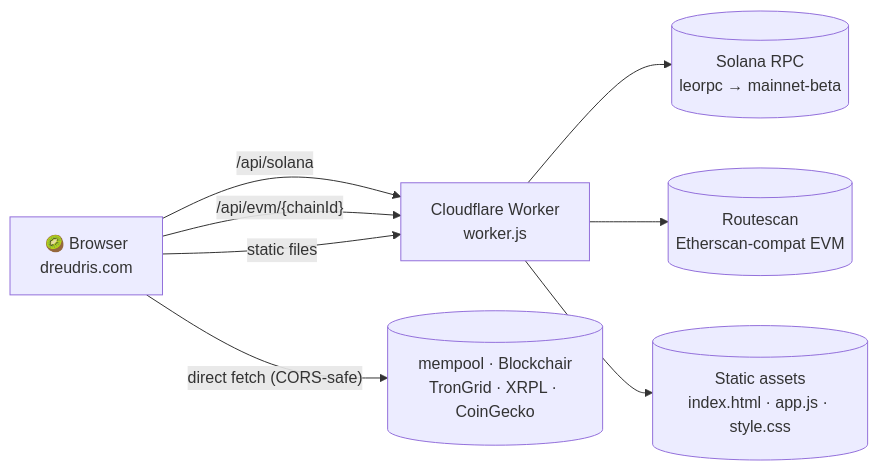
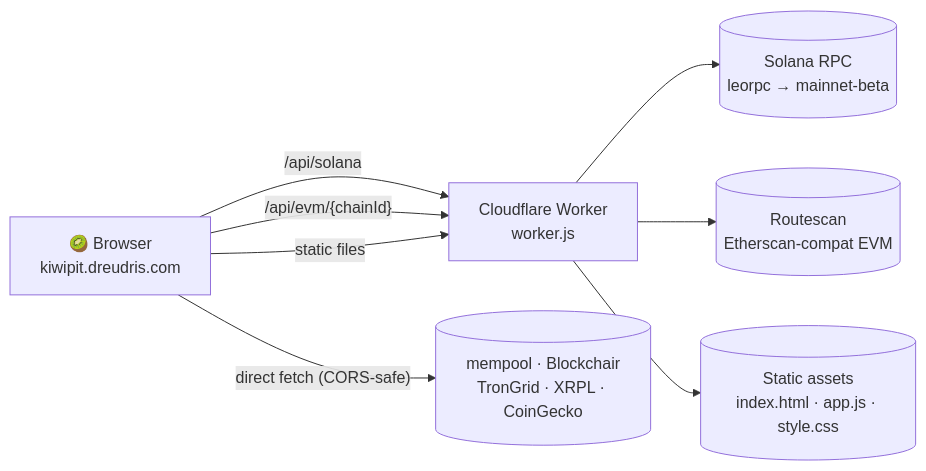
The diagram in README.md (dreudris/kiwipit), drawn with Mermaid before and after one commit. The commit also changed other lines of this file and 1 other file, not shown here.

First line of the commit message:
Rename Worker to kiwipit; point docs at kiwipit.dreudris.com

````diff
--- a/README.md
+++ b/README.md
@@ -28,14 +28,14 @@
 ```mermaid
 flowchart LR
-    Browser["🥝 Browser<br/>dreudris.com"]
+    Browser["🥝 Browser<br/>kiwipit.dreudris.com"]
     Worker["Cloudflare Worker<br/>worker.js"]
     Assets[("Static assets<br/>index.html · app.js · style.css")]
     Solana[("Solana RPC<br/>leorpc → mainnet-beta")]
     Routescan[("Routescan<br/>Etherscan-compat EVM")]
     Direct[("mempool · Blockchair<br/>TronGrid · XRPL · CoinGecko")]
 
     Browser -->|"/api/solana"| Worker --> Solana
     Browser -->|"/api/evm/{chainId}"| Worker --> Routescan
     Browser -->|"static files"| Worker --> Assets
     Browser -->|"direct fetch (CORS-safe)"| Direct
 ```
````
